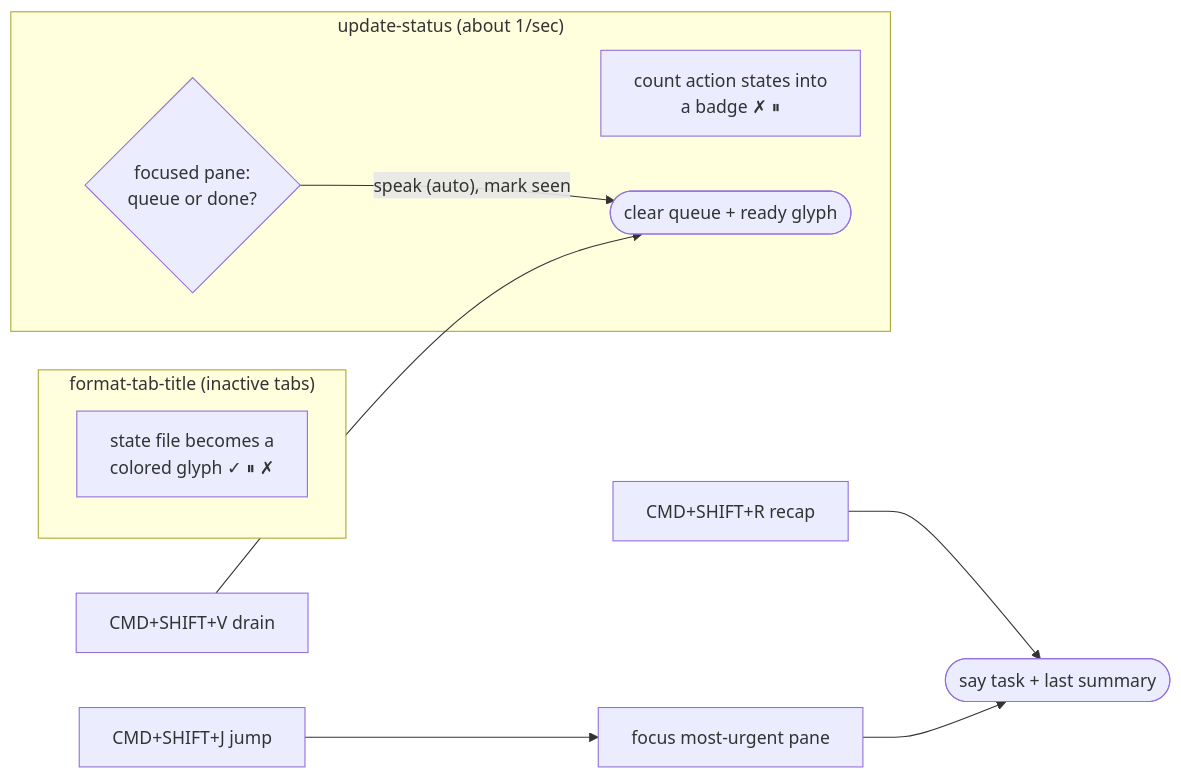
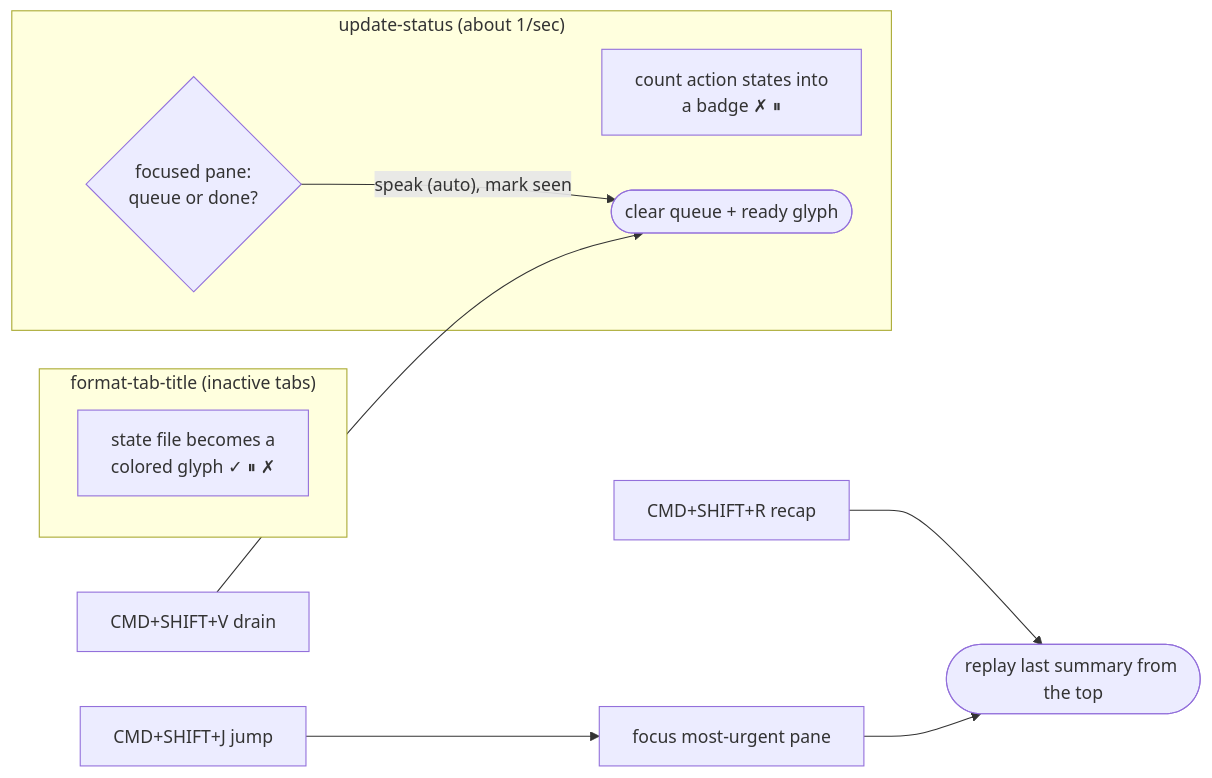
Before and after one commit to Louis-Mascari/aloud: the second of 2 diagrams in docs/architecture.md, drawn with Mermaid. The commit also changed other lines of this file and 2 other files, not shown here.

Commit message:
docs audit: sync INTEGRATE.md + voice.lua to live wezterm (orphan-prune badge, stop-on-switch, help key); fix recap description in architecture

````diff
--- a/docs/architecture.md
+++ b/docs/architecture.md
@@ -37,13 +37,13 @@
 ```mermaid
 flowchart LR
     subgraph tab["format-tab-title (inactive tabs)"]
         G["state file becomes a<br/>colored glyph ✓ ⏸ ✗"]
     end
     subgraph bar["update-status (about 1/sec)"]
         B["count action states into<br/>a badge ✗ ⏸"]
         F{"focused pane:<br/>queue or done?"} -->|"speak (auto), mark seen"| SP(["clear queue + ready glyph"])
     end
     K1["CMD+SHIFT+V drain"] --> SP
-    K2["CMD+SHIFT+R recap"] --> RC(["say task + last summary"])
+    K2["CMD+SHIFT+R recap"] --> RC(["replay last summary from the top"])
     K3["CMD+SHIFT+J jump"] --> J["focus most-urgent pane"] --> RC
 ```
````
